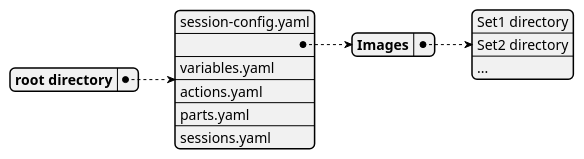
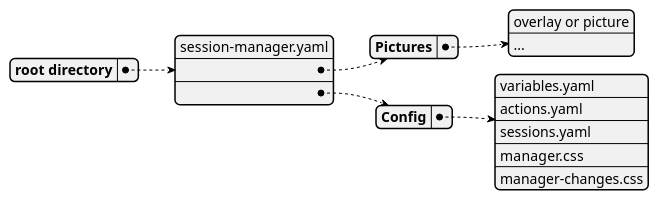
One commit to MARTIMM/SessionManager changed the first of 5 diagrams in doc/session-manager.md. Above: the diagram before and after it, drawn with PlantUML. The commit also changed other lines of this file, not shown here.

````diff
--- a/doc/session-manager.md
+++ b/doc/session-manager.md
@@ -111,14 +108,15 @@
   ```plantuml
   @startyaml
   root directory:
-    - session-config.yaml
-    - Images:
-      - Set1 directory
-      - Set2 directory
+    - session-manager.yaml
+    - Pictures:
+      - overlay or picture
       - ...
-    - variables.yaml
-    - actions.yaml
-    - parts.yaml
-    - sessions.yaml
+    - Config:
+      - variables.yaml
+      - actions.yaml
+      - sessions.yaml
+      - manager.css
+      - manager-changes.css
   @endyaml
   ```
````
